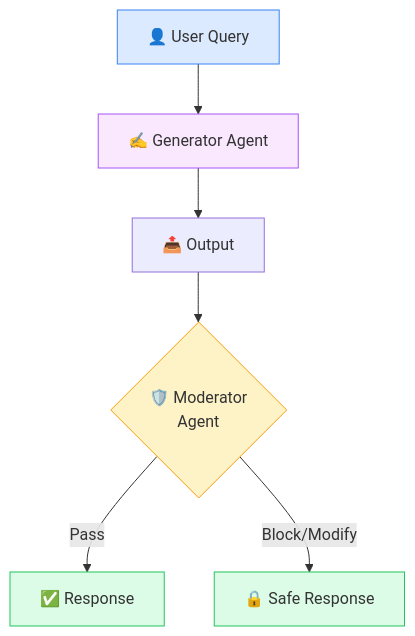
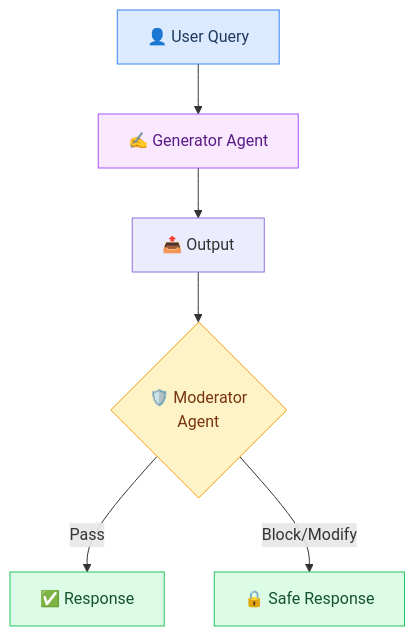
One commit to asq-sheriff/AI-Production-Checklist changed diagram 13 of 18 in docs/TECHNOLOGY-SELECTION-GUIDE.md. Above: the diagram before and after it, drawn with Mermaid. The commit also changed other lines of this file and 8 other files, not shown here.

First line of the commit message:
Fix text contrast in all Mermaid diagrams

````diff
--- a/docs/TECHNOLOGY-SELECTION-GUIDE.md
+++ b/docs/TECHNOLOGY-SELECTION-GUIDE.md
@@ -537,15 +537,15 @@
 ```mermaid
 flowchart TB
     UserQuery[👤 User Query] --> Generator[✍️ Generator Agent]
     Generator --> Output[📤 Output]
     Output --> Moderator{🛡️ Moderator<br/>Agent}
 
     Moderator -->|Pass| Response[✅ Response]
     Moderator -->|Block/Modify| SafeResponse[🔒 Safe Response]
 
-    style UserQuery fill:#dbeafe,stroke:#3b82f6
-    style Generator fill:#fae8ff,stroke:#a855f7
-    style Moderator fill:#fef3c7,stroke:#f59e0b
-    style Response fill:#dcfce7,stroke:#22c55e
-    style SafeResponse fill:#dcfce7,stroke:#22c55e
+    style UserQuery fill:#dbeafe,stroke:#3b82f6,color:#1e3a5f
+    style Generator fill:#fae8ff,stroke:#a855f7,color:#581c87
+    style Moderator fill:#fef3c7,stroke:#f59e0b,color:#78350f
+    style Response fill:#dcfce7,stroke:#22c55e,color:#14532d
+    style SafeResponse fill:#dcfce7,stroke:#22c55e,color:#14532d
 ```
````
